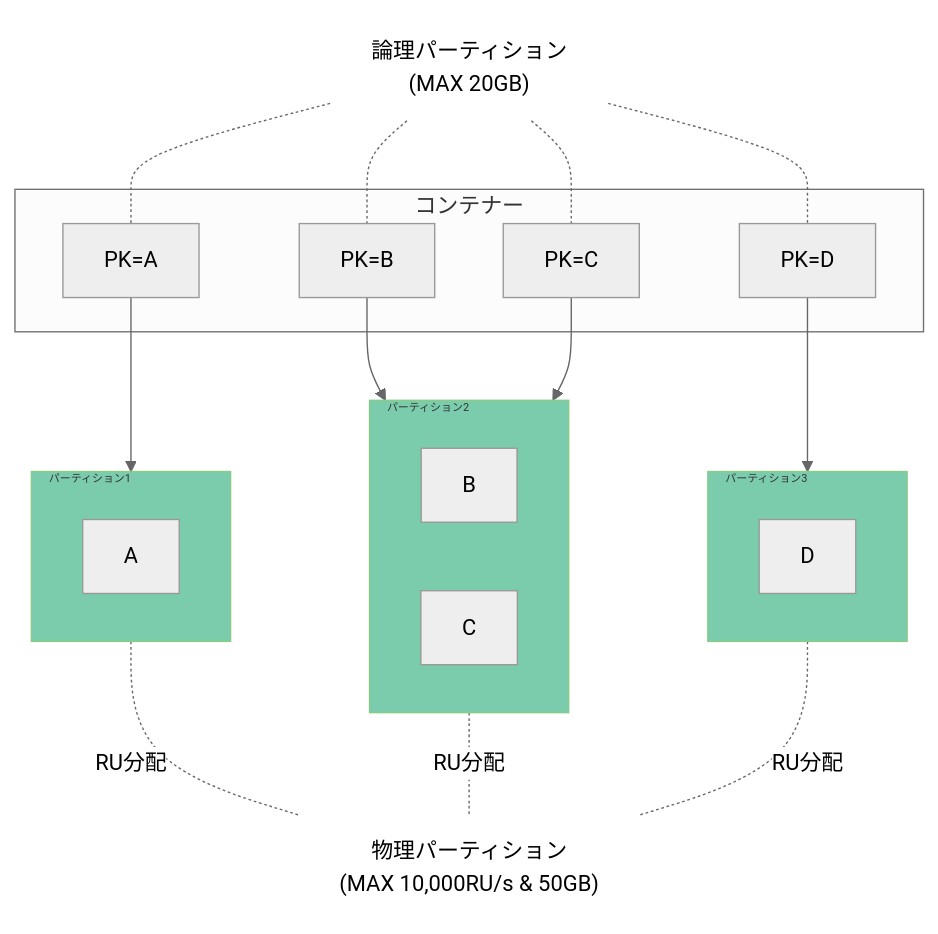
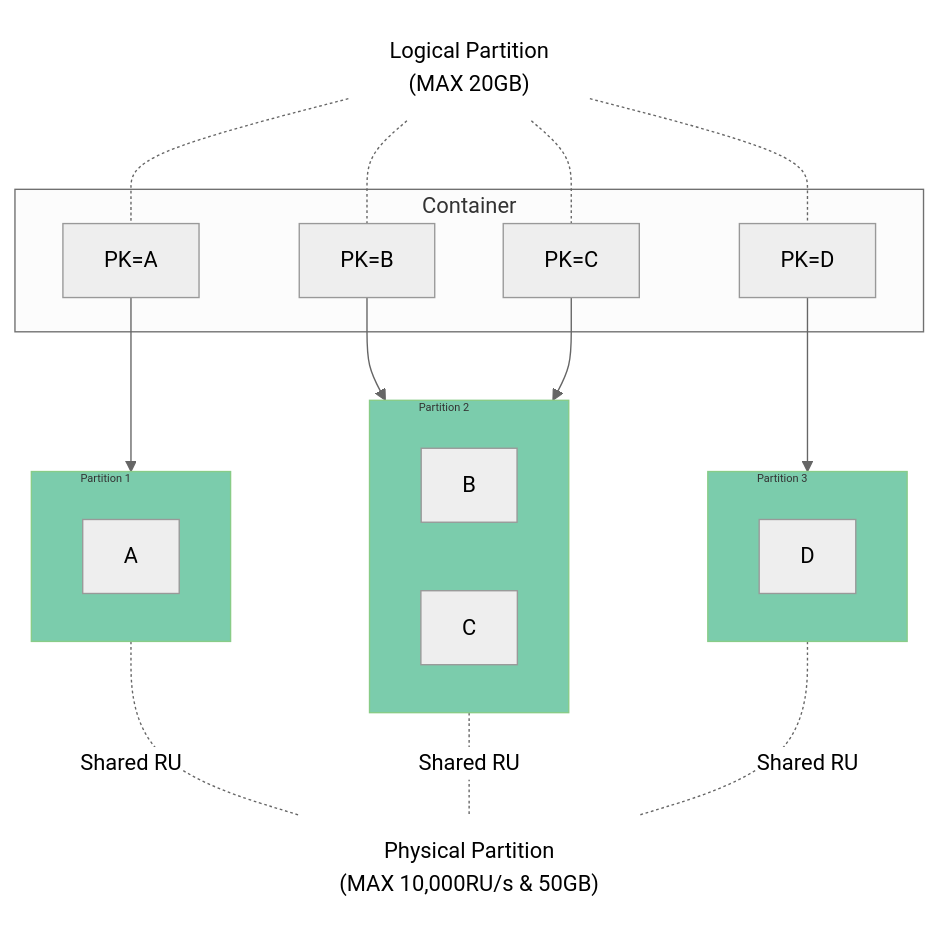
Before and after one commit to tahayaka-microsoft/CosmosDB-ChangeFeed-Functions: the second of 5 diagrams in en/00_CosmosDB_Essential.md, drawn with Mermaid (neutral theme). The commit also changed other lines of this file, not shown here.

````diff
--- a/en/00_CosmosDB_Essential.md
+++ b/en/00_CosmosDB_Essential.md
@@ -257,36 +257,36 @@
 ```mermaid
 graph TD
-  cap["論理パーティション<BR>(MAX 20GB)"]
-  subgraph Con["コンテナー"]
+  cap["Logical Partition<BR>(MAX 20GB)"]
+  subgraph Con["Container"]
     A["PK=A"]
     B["PK=B"]
     C["PK=C"]
     D["PK=D"]
   end
   cap -.- A
   cap -.- B
   cap -.- C
   cap -.- D
   style cap stroke-width:0, fill-opacity:0%
-  subgraph p1["パーティション1"]
+  subgraph p1["Partition 1"]
     A2[A]
   end
-  subgraph p2["パーティション2"]
+  subgraph p2["Partition 2"]
     B2[B]
     C2[C]
   end
-  subgraph p3["パーティション3"]
+  subgraph p3["Partition 3"]
     D2[D]
   end
   A --> p1
   B --> p2
   C --> p2
   D --> p3
-  p1 -.RU分配.- cap2["物理パーティション<BR>(MAX 10,000RU/s & 50GB)"] 
-  p2 -.RU分配.- cap2
-  p3 -.RU分配.- cap2
+  p1 -."Shared RU".- cap2["Physical Partition<BR>(MAX 10,000RU/s & 50GB)"] 
+  p2 -."Shared RU".- cap2
+  p3 -."Shared RU".- cap2
   style p1 font-size:8px,fill:#7BCCAC,stroke:#8C8
   style p2 font-size:8px,fill:#7BCCAC,stroke:#8C8
   style p3 font-size:8px,fill:#7BCCAC,stroke:#8C8
   style cap2 stroke-width:0, fill-opacity:0%
 ```
````
